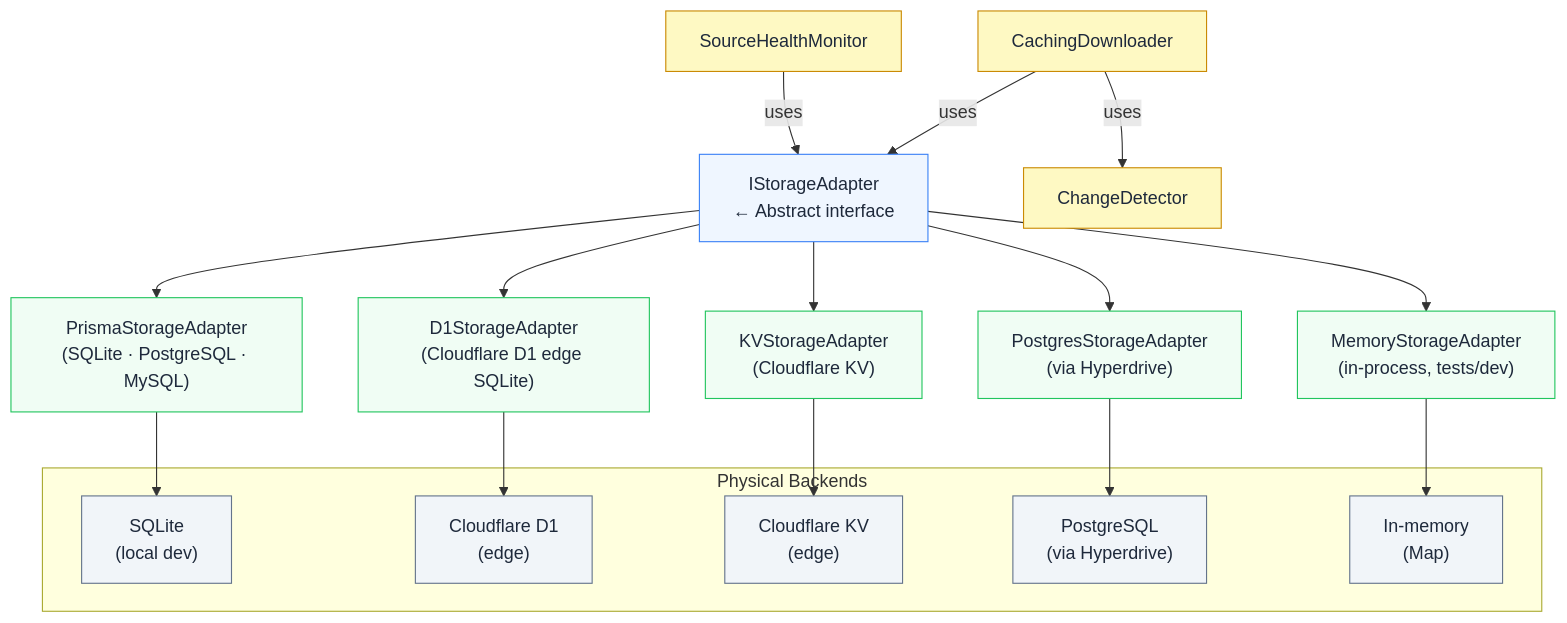
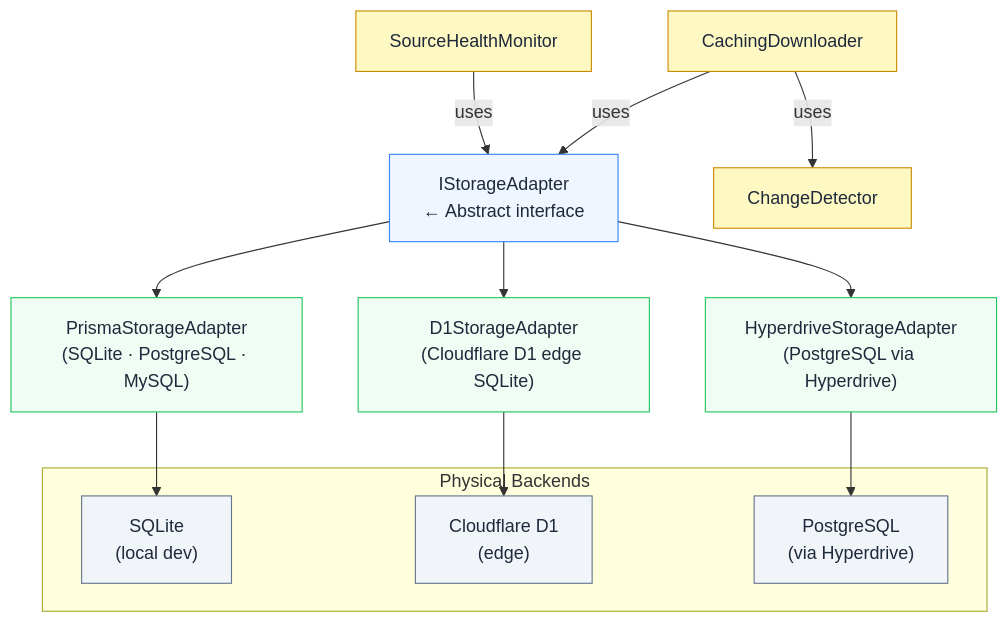
Before and after one commit to jaypatrick/adblock-compiler: the eighth of 19 diagrams in docs/development/ARCHITECTURE.md, drawn with Mermaid. The commit also changed other lines of this file, not shown here.

Commit message:
docs: fix storage adapter names and restore HealthCheckMessage in ARCHITECTURE.md

````diff
--- a/docs/development/ARCHITECTURE.md
+++ b/docs/development/ARCHITECTURE.md
@@ -327,31 +327,25 @@
 ```mermaid
 flowchart TD
     classDef interface fill:#eff6ff,stroke:#3b82f6,color:#1e293b
     classDef adapter fill:#f0fdf4,stroke:#22c55e,color:#1e293b
     classDef consumer fill:#fef9c3,stroke:#ca8a04,color:#1e293b
     classDef infra fill:#f1f5f9,stroke:#64748b,color:#1e293b
 
     ISA["IStorageAdapter\n← Abstract interface"]:::interface
     ISA --> PSA["PrismaStorageAdapter\n(SQLite · PostgreSQL · MySQL)"]:::adapter
     ISA --> D1A["D1StorageAdapter\n(Cloudflare D1 edge SQLite)"]:::adapter
-    ISA --> KVA["KVStorageAdapter\n(Cloudflare KV)"]:::adapter
-    ISA --> MEM["MemoryStorageAdapter\n(in-process, tests/dev)"]:::adapter
-    ISA --> PGA["PostgresStorageAdapter\n(via Hyperdrive)"]:::adapter
+    ISA --> HDA["HyperdriveStorageAdapter\n(PostgreSQL via Hyperdrive)"]:::adapter
     CD["CachingDownloader"]:::consumer -->|uses| ISA
     SHM["SourceHealthMonitor"]:::consumer -->|uses| ISA
     CD -->|uses| CHD["ChangeDetector"]:::consumer
 
     subgraph BACKEND["Physical Backends"]
         SQLITE["SQLite\n(local dev)"]:::infra
         D1DB["Cloudflare D1\n(edge)"]:::infra
-        KVDB["Cloudflare KV\n(edge)"]:::infra
         PGDB["PostgreSQL\n(via Hyperdrive)"]:::infra
-        RAM["In-memory\n(Map)"]:::infra
     end
 
     PSA --> SQLITE
     D1A --> D1DB
-    KVA --> KVDB
-    PGA --> PGDB
-    MEM --> RAM
+    HDA --> PGDB
 ```
````
